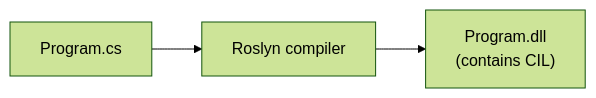
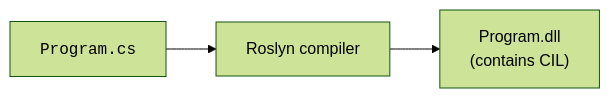
Before and after one commit to dataslope/dataslope: the first of 5 diagrams in content/learn/intro-modern-csharp/how-programs-execute.mdx, drawn with Mermaid (forest theme). The commit also changed 153 other files, not shown here.

First line of the commit message:
Render code-only mermaid shapes in monospace; convert step sequences to Steps

````diff
--- a/content/learn/intro-modern-csharp/how-programs-execute.mdx
+++ b/content/learn/intro-modern-csharp/how-programs-execute.mdx
@@ -90,5 +90,5 @@
 ```mermaid
 flowchart LR
-    S["Program.cs"] --> R["Roslyn compiler"]
+    S["<code>Program.cs</code>"] --> R["Roslyn compiler"]
     R --> D["Program.dll<br/>(contains CIL)"]
 ```
````
